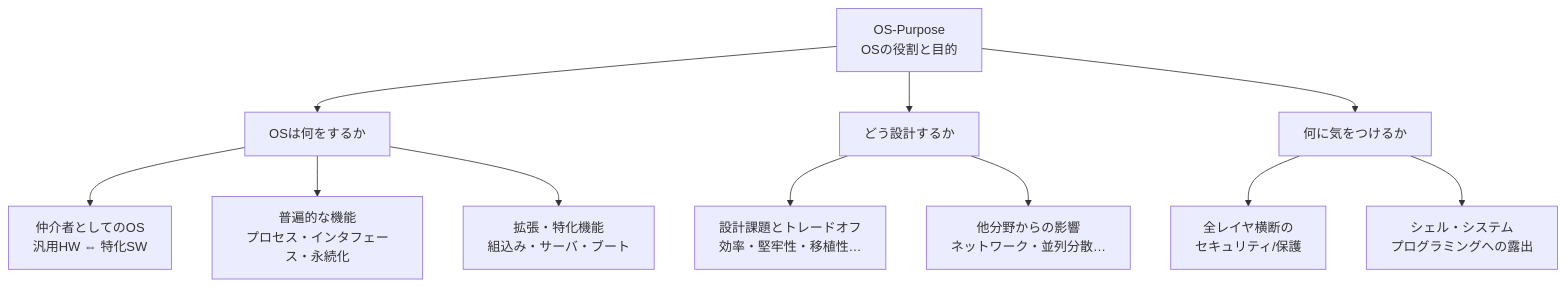
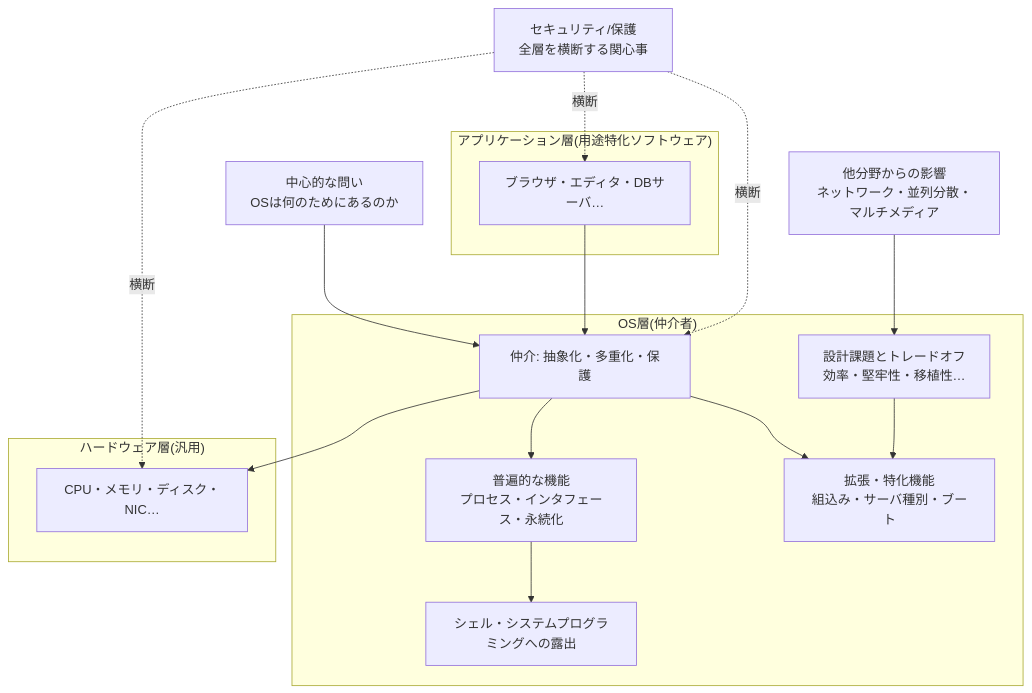
One commit to miyataka/cszap changed the first of 2 diagrams in docs/OS/OS-Purpose.md. Above: the diagram before and after it, drawn with Mermaid. The commit also changed other lines of this file and 28 other files, not shown here.

First line of the commit message:
docs: redesign 全体像 diagrams per unit (29 pages)

````diff
--- a/docs/OS/OS-Purpose.md
+++ b/docs/OS/OS-Purpose.md
@@ -16,13 +16,35 @@
 ```mermaid
 graph TD
-  A[OS-Purpose<br/>OSの役割と目的] --> B[OSは何をするか]
-  A --> C[どう設計するか]
-  A --> D[何に気をつけるか]
-  B --> B1[仲介者としてのOS<br/>汎用HW ⇔ 特化SW]
-  B --> B2[普遍的な機能<br/>プロセス・インタフェース・永続化]
-  B --> B3[拡張・特化機能<br/>組込み・サーバ・ブート]
-  C --> C1[設計課題とトレードオフ<br/>効率・堅牢性・移植性…]
-  C --> C2[他分野からの影響<br/>ネットワーク・並列分散…]
-  D --> D1[全レイヤ横断の<br/>セキュリティ/保護]
-  D --> D2[シェル・システム<br/>プログラミングへの露出]
+  Q["中心的な問い<br/>OSは何のためにあるのか"]
+
+  subgraph APP["アプリケーション層(用途特化ソフトウェア)"]
+    A1["ブラウザ・エディタ・DBサーバ…"]
+  end
+
+  subgraph OSL["OS層(仲介者)"]
+    MED["仲介: 抽象化・多重化・保護"]
+    UNIV["普遍的な機能<br/>プロセス・インタフェース・永続化"]
+    SPEC["拡張・特化機能<br/>組込み・サーバ種別・ブート"]
+    DESIGN["設計課題とトレードオフ<br/>効率・堅牢性・移植性…"]
+    SHELL["シェル・システムプログラミングへの露出"]
+  end
+
+  subgraph HWL["ハードウェア層(汎用)"]
+    H1["CPU・メモリ・ディスク・NIC…"]
+  end
+
+  INFL["他分野からの影響<br/>ネットワーク・並列分散・マルチメディア"]
+  SEC["セキュリティ/保護<br/>全層を横断する関心事"]
+
+  Q --> MED
+  A1 --> MED
+  MED --> H1
+  MED --> UNIV
+  MED --> SPEC
+  DESIGN --> SPEC
+  UNIV --> SHELL
+  INFL --> DESIGN
+  SEC -.横断.-> A1
+  SEC -.横断.-> MED
+  SEC -.横断.-> H1
 ```
````
